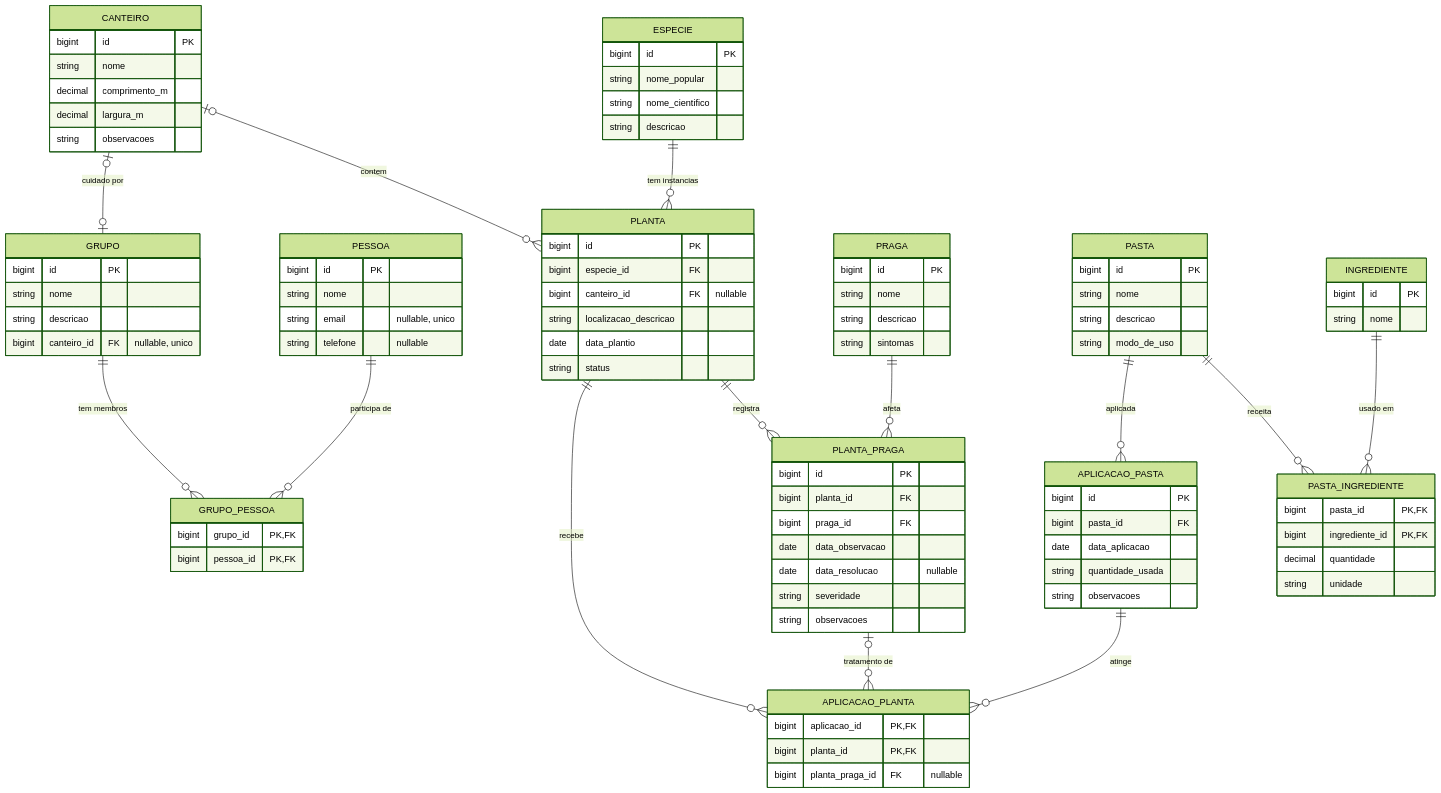
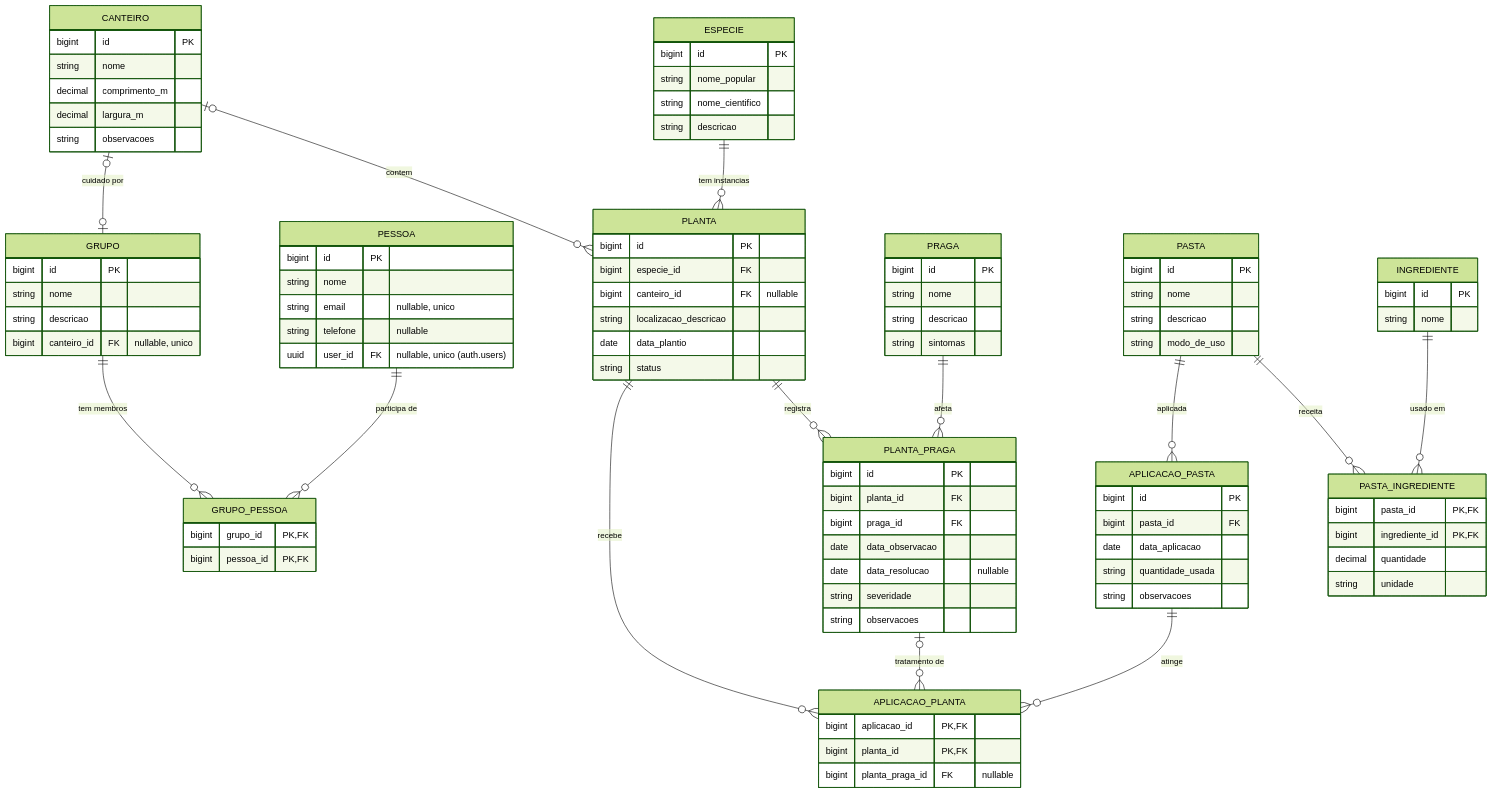
One commit to JoabUrbano/horta-comunitaria changed the diagram in README.md. Above: the diagram before and after it, drawn with Mermaid (forest theme). The commit also changed other lines of this file, not shown here.

```diff
--- a/README.md
+++ b/README.md
@@ -85,6 +100,7 @@
         string nome
         string email "nullable, unico"
         string telefone "nullable"
+        uuid user_id FK "nullable, unico (auth.users)"
     }
     GRUPO {
         bigint id PK
```
